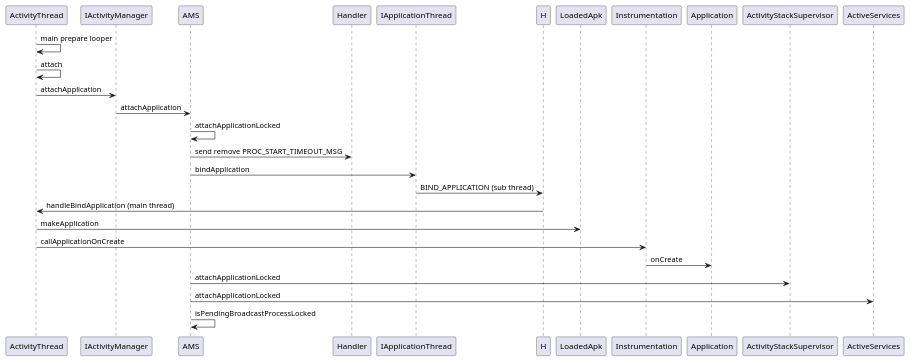
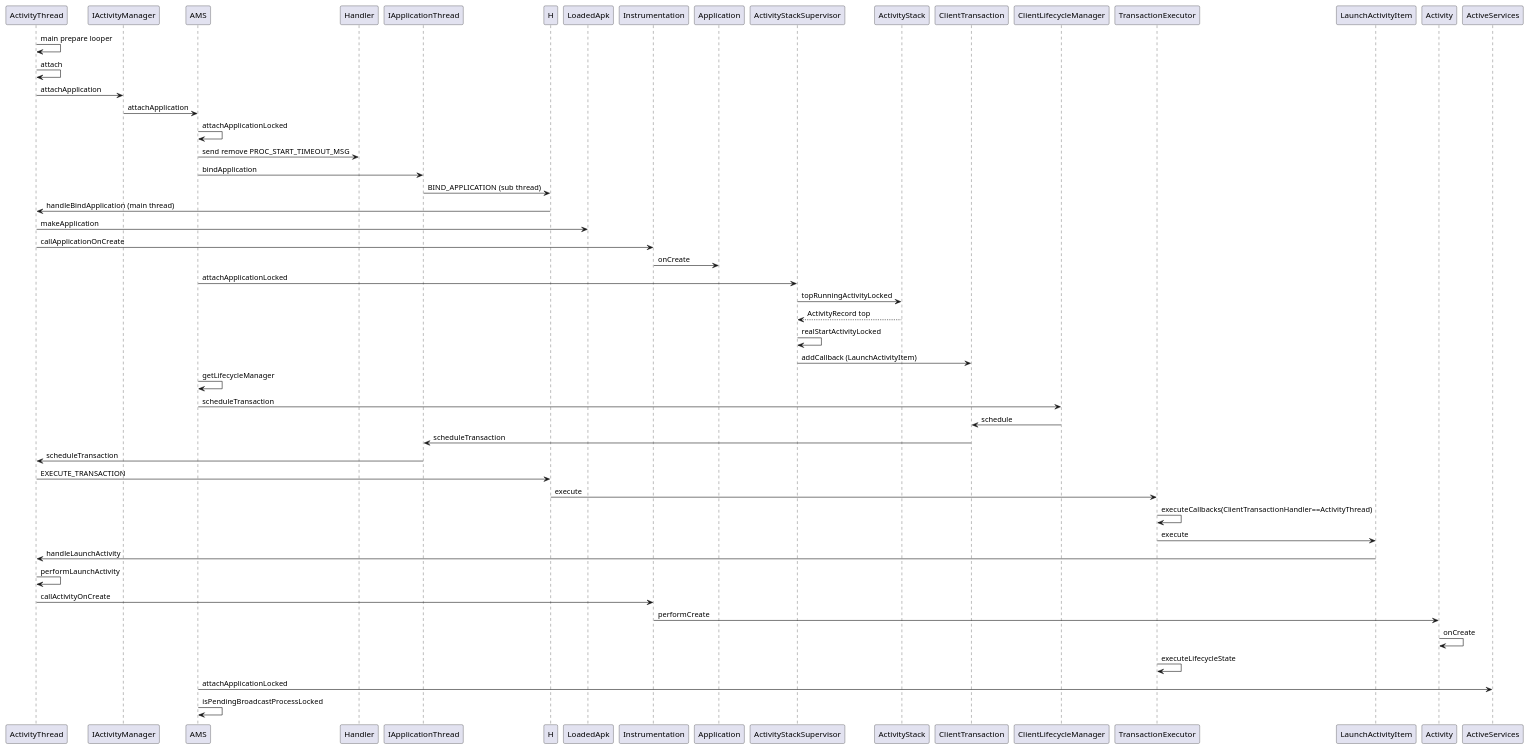
One commit to KentTJ/ImoocRxJavaStudy changed the diagram in docs/startActivity_05_bindAMS_and_talkTogether.puml. Above: the diagram before and after it, drawn with PlantUML.

Commit message:
Activity的启动流程流程图。

```diff
--- a/docs/startActivity_05_bindAMS_and_talkTogether.puml
+++ b/docs/startActivity_05_bindAMS_and_talkTogether.puml
@@ -1,26 +1,49 @@
 @startuml
 ActivityThread -> ActivityThread: main prepare looper
 ActivityThread -> ActivityThread : attach
 ActivityThread -> IActivityManager: attachApplication
 
 IActivityManager -> AMS: attachApplication
 AMS -> AMS: attachApplicationLocked
 AMS -> Handler:send remove PROC_START_TIMEOUT_MSG
 AMS -> IApplicationThread: bindApplication
 IApplicationThread -> H:BIND_APPLICATION (sub thread)
 H -> ActivityThread: handleBindApplication (main thread)
 ActivityThread -> LoadedApk: makeApplication
 ActivityThread -> Instrumentation: callApplicationOnCreate
 Instrumentation -> Application: onCreate
 
 'APP is ok, next do start components'
 'Activity '
 AMS -> ActivityStackSupervisor: attachApplicationLocked
+'focused stack'
+ActivityStackSupervisor -> ActivityStack: topRunningActivityLocked
+ActivityStack --> ActivityStackSupervisor: ActivityRecord top
+ActivityStackSupervisor -> ActivityStackSupervisor: realStartActivityLocked
+ActivityStackSupervisor -> ClientTransaction: addCallback (LaunchActivityItem)
+
+'perform onCreate of Activity'
+AMS -> AMS: getLifecycleManager
+AMS -> ClientLifecycleManager: scheduleTransaction
+ClientLifecycleManager -> ClientTransaction: schedule
+ClientTransaction -> IApplicationThread: scheduleTransaction
+IApplicationThread -> ActivityThread: scheduleTransaction
+ActivityThread -> H: EXECUTE_TRANSACTION
+H -> TransactionExecutor: execute
+TransactionExecutor -> TransactionExecutor: executeCallbacks(ClientTransactionHandler==ActivityThread)
+TransactionExecutor -> LaunchActivityItem: execute
+LaunchActivityItem -> ActivityThread: handleLaunchActivity
+ActivityThread -> ActivityThread: performLaunchActivity
+ActivityThread -> Instrumentation: callActivityOnCreate
+Instrumentation -> Activity: performCreate
+Activity -> Activity: onCreate
+
+TransactionExecutor -> TransactionExecutor:executeLifecycleState
 
 
-
-
+'Service'
 AMS -> ActiveServices: attachApplicationLocked
+'Broadcast'
 AMS -> AMS: isPendingBroadcastProcessLocked
 
 @enduml
```
